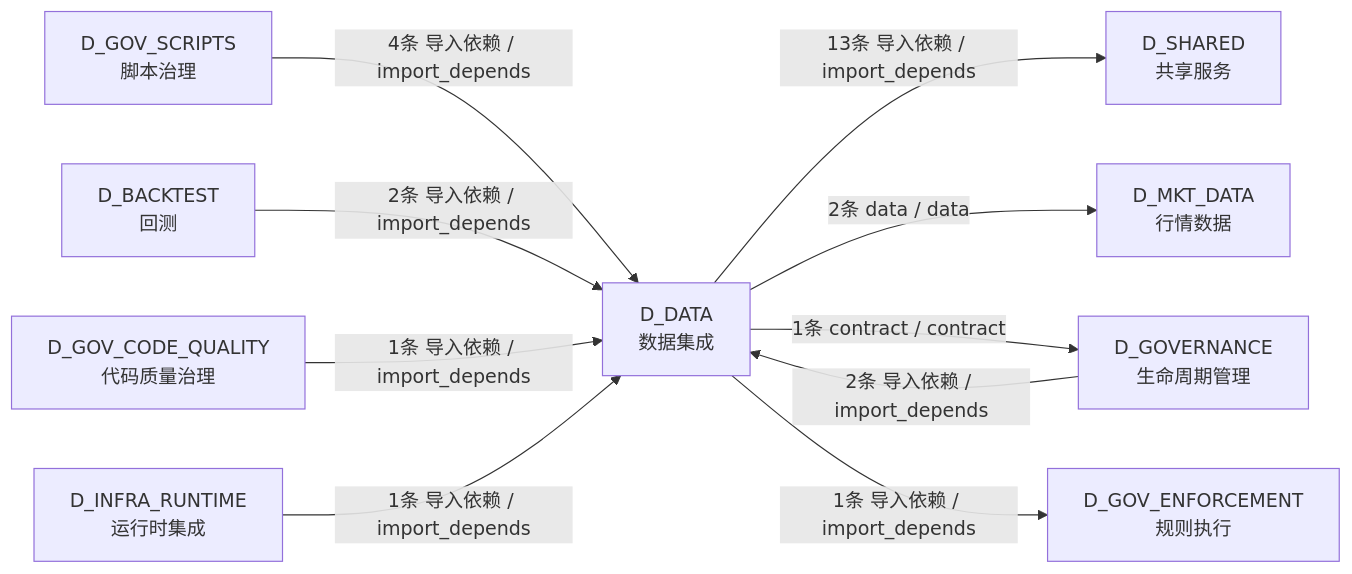
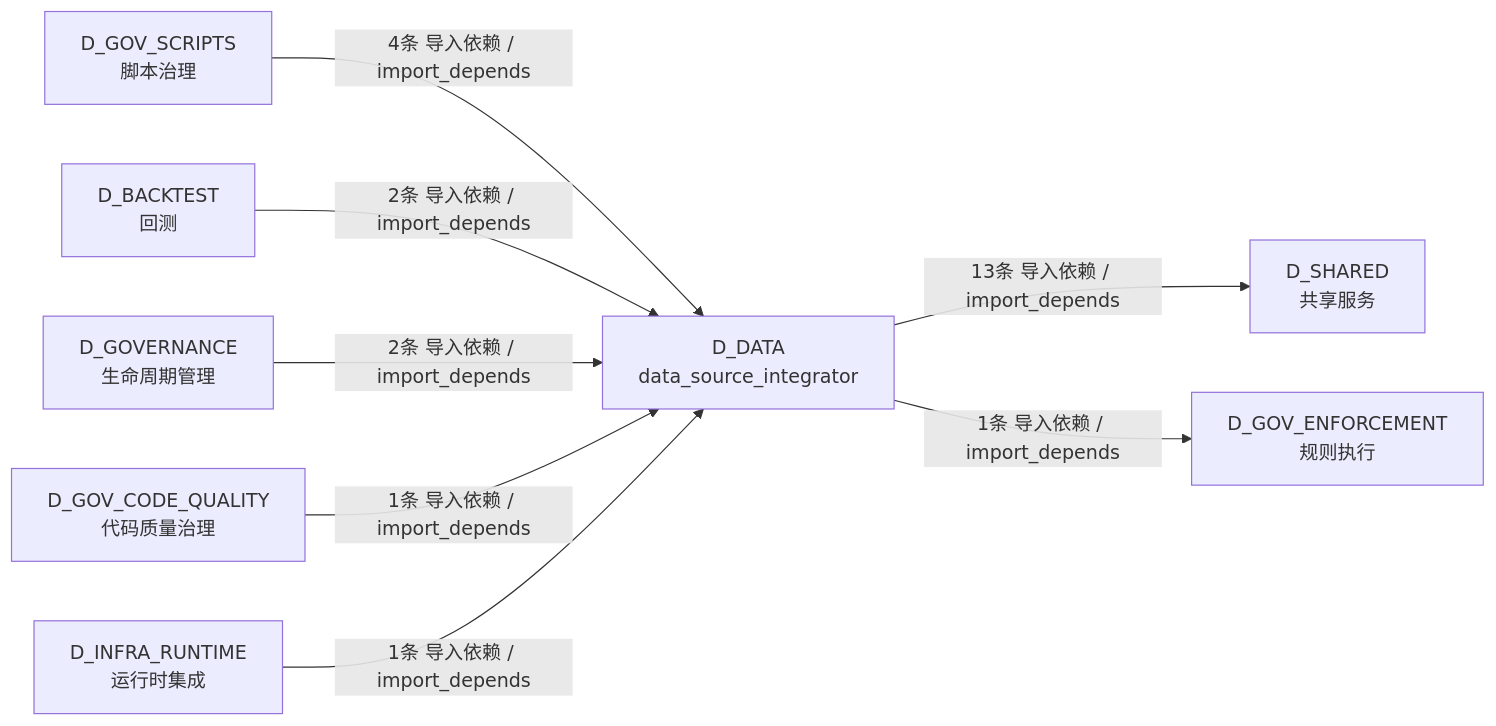
The fifth of 5 diagrams in docs/02_enterprise_architecture/02_domain_architecture_docs/61_d_data.md (xuanFelixVan/ZephyrAlpha), drawn with Mermaid before and after one commit. The commit also changed other lines of this file and 115 other files, not shown here.

````diff
--- a/docs/02_enterprise_architecture/02_domain_architecture_docs/61_d_data.md
+++ b/docs/02_enterprise_architecture/02_domain_architecture_docs/61_d_data.md
@@ -494,21 +486,18 @@
 ```mermaid
 graph LR
-    D_DATA["D_DATA<br/>数据集成"]
+    D_DATA["D_DATA<br/>data_source_integrator"]
     D_SHARED["D_SHARED<br/>共享服务"]
-    D_MKT_DATA["D_MKT_DATA<br/>行情数据"]
-    D_GOVERNANCE["D_GOVERNANCE<br/>生命周期管理"]
     D_GOV_ENFORCEMENT["D_GOV_ENFORCEMENT<br/>规则执行"]
     D_GOV_SCRIPTS["D_GOV_SCRIPTS<br/>脚本治理"]
     D_BACKTEST["D_BACKTEST<br/>回测"]
+    D_GOVERNANCE["D_GOVERNANCE<br/>生命周期管理"]
     D_GOV_CODE_QUALITY["D_GOV_CODE_QUALITY<br/>代码质量治理"]
     D_INFRA_RUNTIME["D_INFRA_RUNTIME<br/>运行时集成"]
     D_DATA -->|13条 导入依赖 / import_depends| D_SHARED
-    D_DATA -->|2条 data / data| D_MKT_DATA
-    D_DATA -->|1条 contract / contract| D_GOVERNANCE
     D_DATA -->|1条 导入依赖 / import_depends| D_GOV_ENFORCEMENT
     D_GOV_SCRIPTS -->|4条 导入依赖 / import_depends| D_DATA
     D_BACKTEST -->|2条 导入依赖 / import_depends| D_DATA
     D_GOVERNANCE -->|2条 导入依赖 / import_depends| D_DATA
     D_GOV_CODE_QUALITY -->|1条 导入依赖 / import_depends| D_DATA
     D_INFRA_RUNTIME -->|1条 导入依赖 / import_depends| D_DATA
 ```
````
